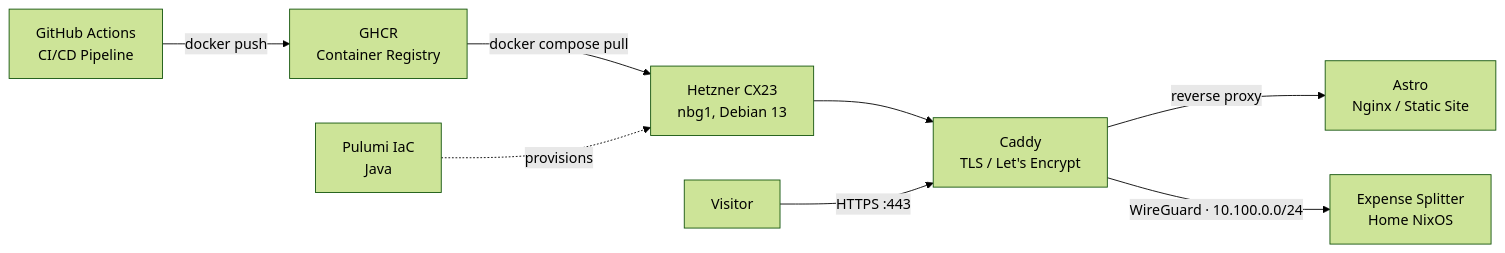
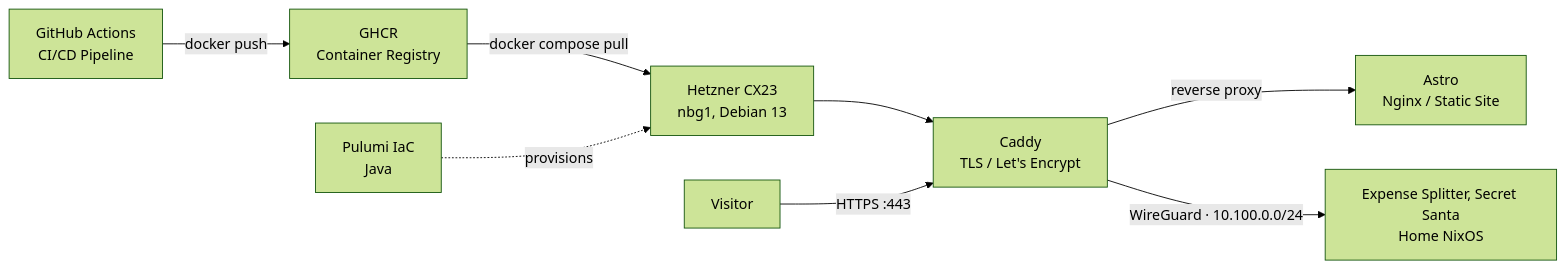
One commit to trettstadt/trettstadt-website changed the diagram in README.md. Above: the diagram before and after it, drawn with Mermaid (forest theme). The commit also changed other lines of this file and 2 other files, not shown here.

First line of the commit message:
Add Secret Santa to the IPv4 gateway

````diff
--- a/README.md
+++ b/README.md
@@ -7,10 +7,10 @@
 ```mermaid
 flowchart LR
     gh[GitHub Actions\nCI/CD Pipeline] -->|docker push| ghcr[GHCR\nContainer Registry]
     ghcr -->|docker compose pull| hetzner[Hetzner CX23\nnbg1, Debian 13]
     pulumi[Pulumi IaC\nJava] -.->|provisions| hetzner
     hetzner --> caddy[Caddy\nTLS / Let's Encrypt]
     caddy -->|reverse proxy| astro[Astro\nNginx / Static Site]
-    caddy -->|WireGuard · 10.100.0.0/24| home[Expense Splitter\nHome NixOS]
+    caddy -->|WireGuard · 10.100.0.0/24| home[Expense Splitter, Secret Santa\nHome NixOS]
     user[Visitor] -->|HTTPS :443| caddy
 ```
````
